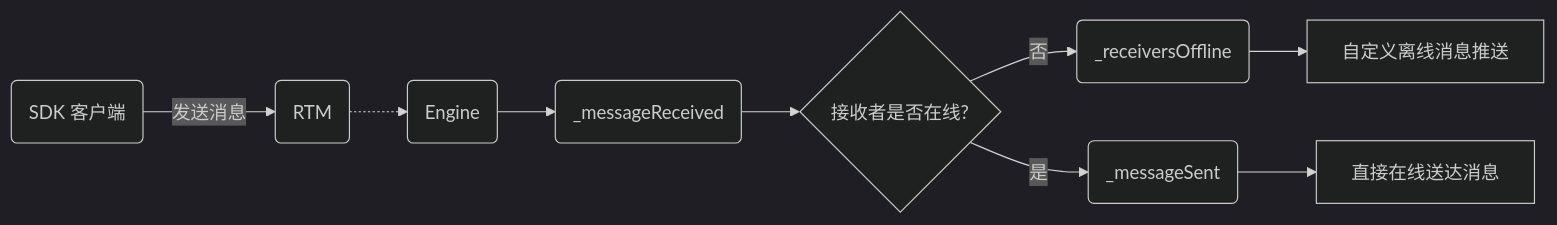
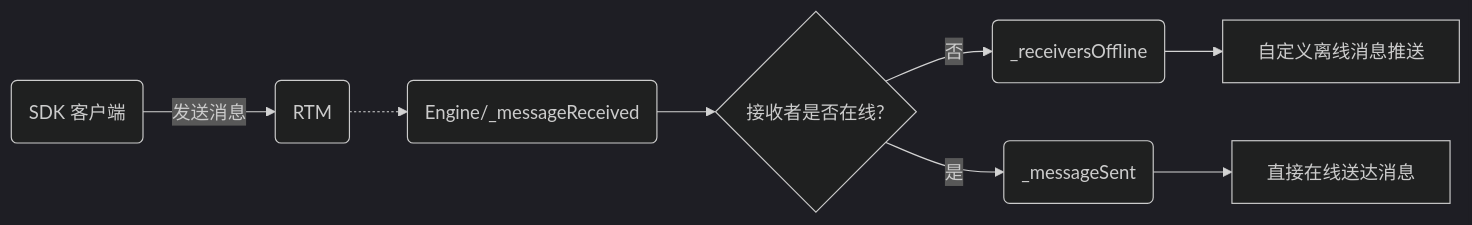
The first of 5 diagrams in views/realtime-guide-senior.md (weakish/docs), drawn with Mermaid (dark theme) before and after one commit. The commit also changed other lines of this file and 1 other file, not shown here.

````diff
--- a/views/realtime-guide-senior.md
+++ b/views/realtime-guide-senior.md
@@ -207,11 +203,10 @@
 ```mermaid
 graph LR
 A(SDK 客户端) --> |发送消息| B(RTM)
-B -.-> C(Engine)
-C --> D(_messageReceived)
-D --> E{接收者是否在线?}
+B -.-> C(Engine/_messageReceived)
+C --> E{接收者是否在线?}
 E --> |否| F(_receiversOffline)
 E --> |是| G(_messageSent)
 F --> H[自定义离线消息推送]
 G --> I[直接在线送达消息]
 ```
````
